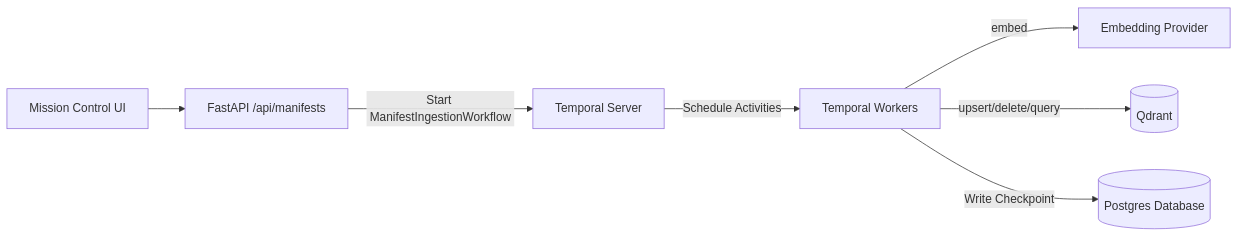
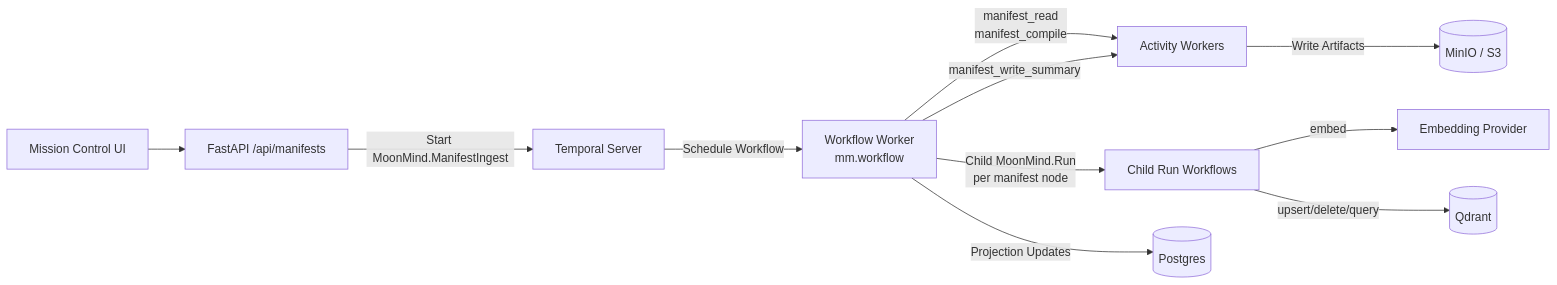
Before and after one commit to MoonLadderStudios/MoonMind: the diagram in docs/Tasks/ManifestTaskSystem.md, drawn with Mermaid. The commit also changed other lines of this file and 10 other files, not shown here.

First line of the commit message:
feat(083-manifest-phase0): Temporal alignment spec + test coverage

````diff
--- a/docs/Tasks/ManifestTaskSystem.md
+++ b/docs/Tasks/ManifestTaskSystem.md
@@ -78,9 +103,13 @@
 ```mermaid
 flowchart LR
   UI[Mission Control UI] --> API[FastAPI /api/manifests]
-  API -->|Start ManifestIngestionWorkflow| T[Temporal Server]
-  T -->|Schedule Activities| W[Temporal Workers]
-  W -->|embed| Emb[Embedding Provider]
-  W -->|upsert/delete/query| VDB[(Qdrant)]
-  W -->|Write Checkpoint| DB[(Postgres Database)]
+  API -->|Start MoonMind.ManifestIngest| T[Temporal Server]
+  T -->|Schedule Workflow| WW[Workflow Worker<br>mm.workflow]
+  WW -->|manifest_read<br>manifest_compile| AW[Activity Workers]
+  WW -->|Child MoonMind.Run<br>per manifest node| CR[Child Run Workflows]
+  CR -->|embed| Emb[Embedding Provider]
+  CR -->|upsert/delete/query| VDB[(Qdrant)]
+  WW -->|manifest_write_summary| AW
+  AW -->|Write Artifacts| Minio[(MinIO / S3)]
+  WW -->|Projection Updates| DB[(Postgres)]
 ```
````
